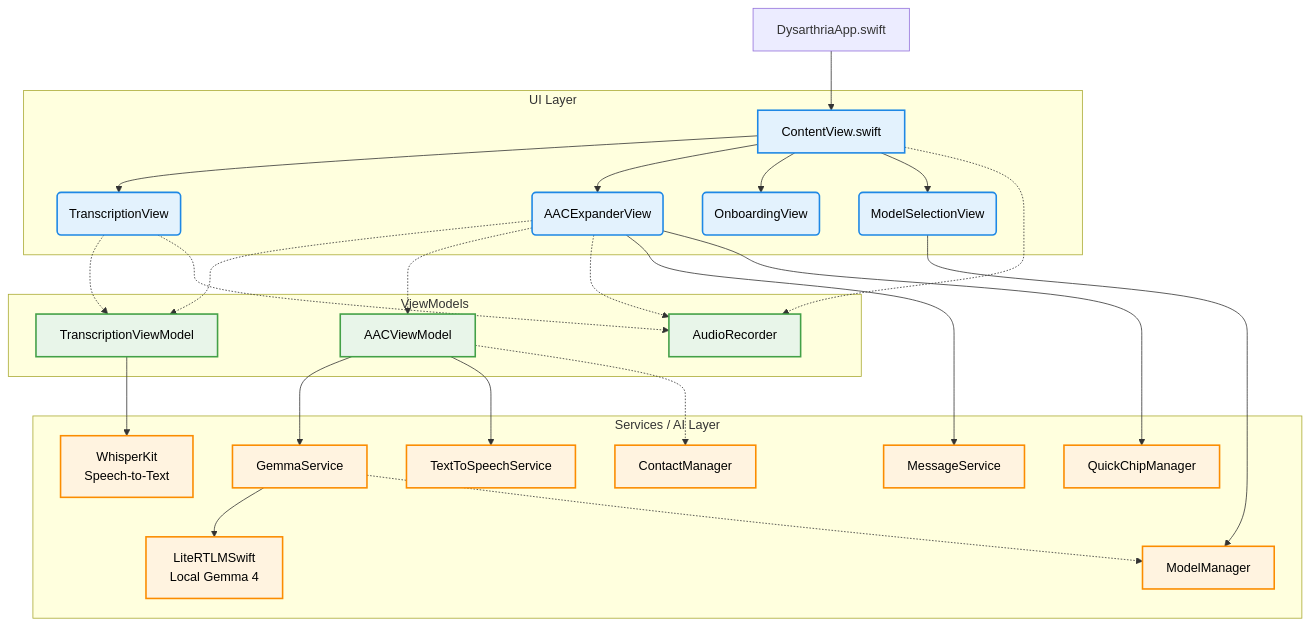
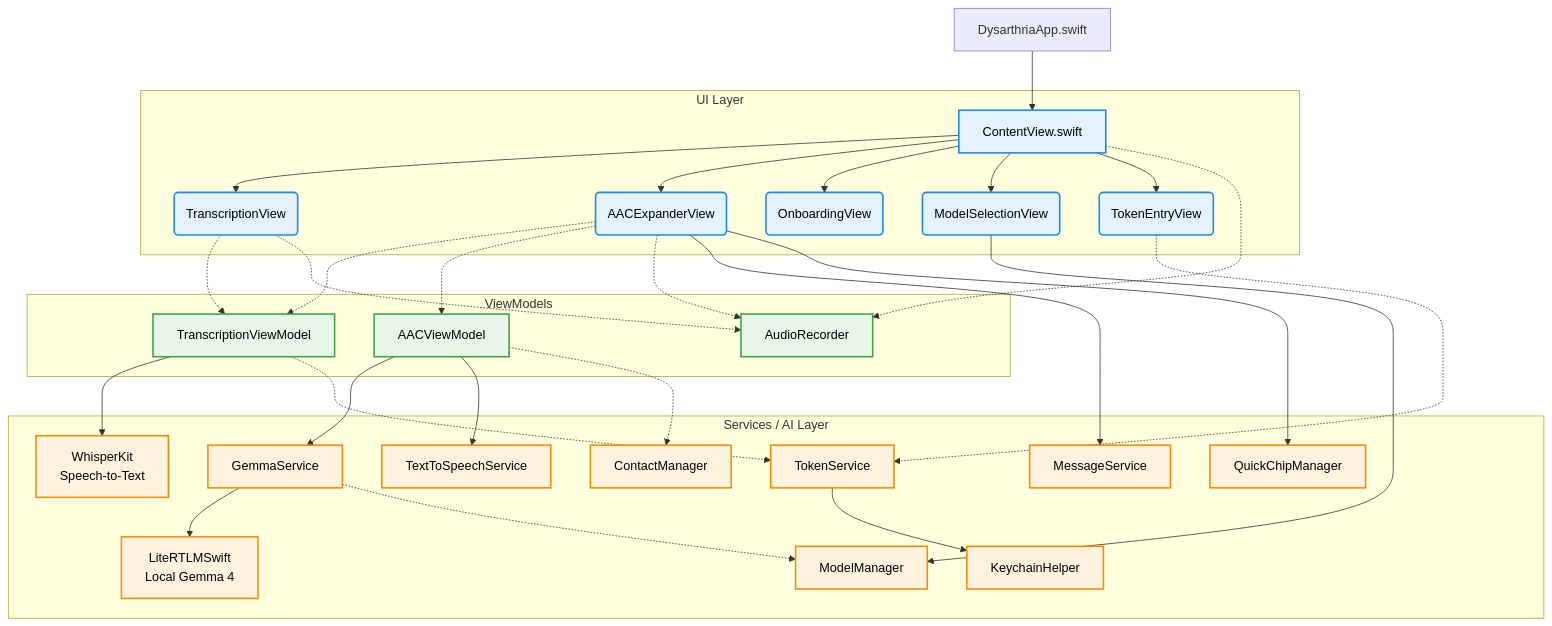
One commit to NomadicStack/speak-easy-app changed the diagram in docs/architecture_overview.md. Above: the diagram before and after it, drawn with Mermaid. The commit also changed other lines of this file and 23 other files, not shown here.

````diff
--- a/docs/architecture_overview.md
+++ b/docs/architecture_overview.md
@@ -28,45 +28,50 @@
 ```mermaid
 graph TD
     %% Entry Point
     A[DysarthriaApp.swift] --> B[ContentView.swift]
     
     %% Views
     subgraph UI Layer
         B --> C(TranscriptionView)
         B --> D(AACExpanderView)
         B --> E(OnboardingView)
         B --> M(ModelSelectionView)
+        B --> TE(TokenEntryView)
     end
     
     %% ViewModels
     subgraph ViewModels
         C -.-> F[TranscriptionViewModel]
         D -.-> F
         D -.-> G[AACViewModel]
         B -.-> H[AudioRecorder]
         C -.-> H
         D -.-> H
     end
     
     %% Services & Managers
     subgraph Services / AI Layer
         F --> I[WhisperKit <br> Speech-to-Text]
         G --> J[GemmaService]
         J --> K[LiteRTLMSwift <br> Local Gemma 4]
         
         G --> L[TextToSpeechService]
         D --> N[MessageService]
         D --> O[QuickChipManager]
         G -.-> P[ContactManager]
         M --> Q[ModelManager]
         J -.-> Q
+        
+        TE -.-> TS[TokenService]
+        F -.-> TS
+        TS --> KH[KeychainHelper]
     end
 
     classDef ui fill:#e3f2fd,stroke:#1e88e5,stroke-width:2px,color:#000
     classDef vm fill:#e8f5e9,stroke:#43a047,stroke-width:2px,color:#000
     classDef svc fill:#fff3e0,stroke:#fb8c00,stroke-width:2px,color:#000
     
-    class B,C,D,E,M ui
+    class B,C,D,E,M,TE ui
     class F,G,H vm
-    class I,J,K,L,N,O,P,Q svc
+    class I,J,K,L,N,O,P,Q,TS,KH svc
 ```
````
